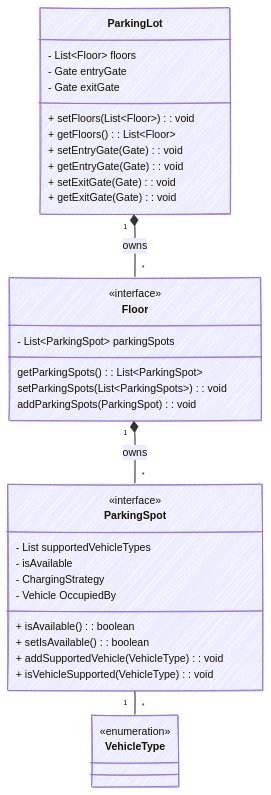
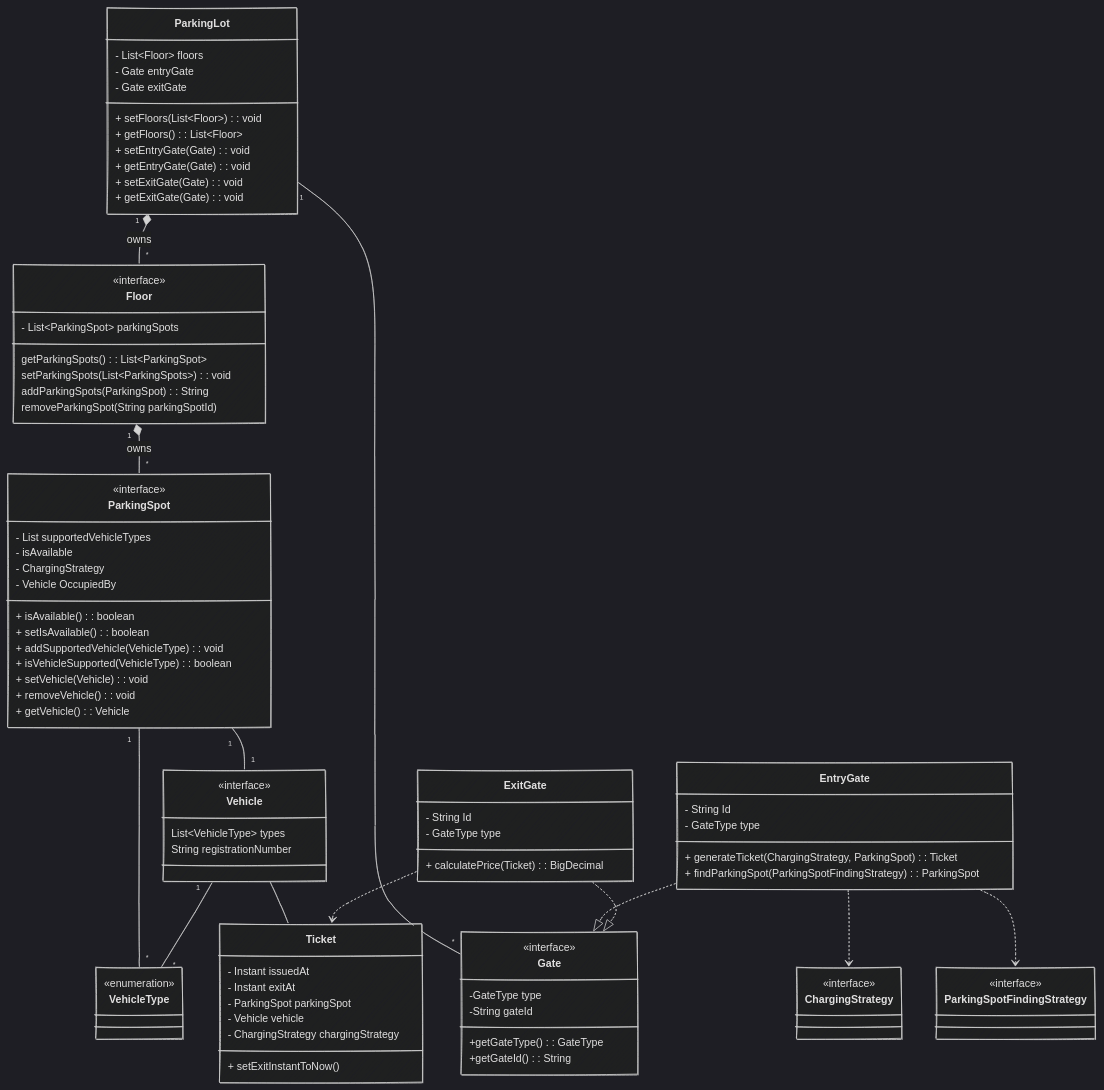
One commit to verma16Ayush/LowLevelDesignJava changed the diagram in src/main/java/com/avr/problems/parkinglot/ParkingLot2.mmd. Above: the diagram before and after it, drawn with Mermaid. The commit also changed 15 other files, not shown here.

Commit message:
parking lot semi

```diff
--- a/src/main/java/com/avr/problems/parkinglot/ParkingLot2.mmd
+++ b/src/main/java/com/avr/problems/parkinglot/ParkingLot2.mmd
@@ -1,51 +1,110 @@
 ---
 config:
+  theme: dark
   look: handDrawn
-  layout: elk
 ---
 classDiagram
 class ParkingLot {
     - List~Floor~ floors
     - Gate entryGate
     - Gate exitGate
 
     + setFloors(List~Floor~) : void
     + getFloors() : List~Floor~
     + setEntryGate(Gate) : void
     + getEntryGate(Gate) : void
     + setExitGate(Gate) : void
     + getExitGate(Gate) : void
 }
 
 class Floor {
 <<interface>>
     - List~ParkingSpot~ parkingSpots
 
     getParkingSpots() : List~ParkingSpot~
     setParkingSpots(List~ParkingSpots~) : void
-    addParkingSpots(ParkingSpot) : void
+    addParkingSpots(ParkingSpot) : String
+    removeParkingSpot(String parkingSpotId)
 }
 
 class ParkingSpot {
 <<interface>>
     - List<VehicleType> supportedVehicleTypes
     - isAvailable
     - ChargingStrategy
     - Vehicle OccupiedBy
 
     + isAvailable() : boolean
     + setIsAvailable() : boolean
     + addSupportedVehicle(VehicleType) : void
-    + isVehicleSupported(VehicleType) : void
+    + isVehicleSupported(VehicleType) : boolean
+    + setVehicle(Vehicle) : void
+    + removeVehicle() : void
+    + getVehicle() : Vehicle 
+}
 
+class Vehicle {
+    <<interface>>
+    List~VehicleType~ types
+    String registrationNumber
 }
 
 class VehicleType{
     <<enumeration>> 
 }
 
+class Gate {
+    <<interface>>
+    -GateType type
+    -String gateId
 
+    +getGateType() : GateType
+    +getGateId() : String
+}
+
+class EntryGate {
+    - String Id
+    - GateType type
+
+    + generateTicket(ChargingStrategy, ParkingSpot) : Ticket
+    + findParkingSpot(ParkingSpotFindingStrategy) : ParkingSpot
+}
+
+class ExitGate {
+    - String Id
+    - GateType type
+
+    + calculatePrice(Ticket) : BigDecimal
+
+}
+
+class Ticket {
+    - Instant issuedAt
+    - Instant exitAt
+    - ParkingSpot parkingSpot
+    - Vehicle vehicle
+    - ChargingStrategy chargingStrategy
+
+    + setExitInstantToNow()
+}
+
+class ChargingStrategy {
+    <<interface>>
+}
+
+class ParkingSpotFindingStrategy {
+    <<interface>> 
+}
 
 ParkingLot"1" *-- "*"Floor: owns
 Floor"1" *-- "*"ParkingSpot: owns
 ParkingSpot"1" -- "*"VehicleType
+ParkingSpot"1" -- "1"Vehicle
+Vehicle"1" -- "*"VehicleType
+ParkingLot"1" -- "*"Gate
+Vehicle -- Ticket
+EntryGate ..|> Gate
+EntryGate ..> ChargingStrategy
+EntryGate ..> ParkingSpotFindingStrategy
+ExitGate ..> Ticket
+ExitGate ..|> Gate
```
